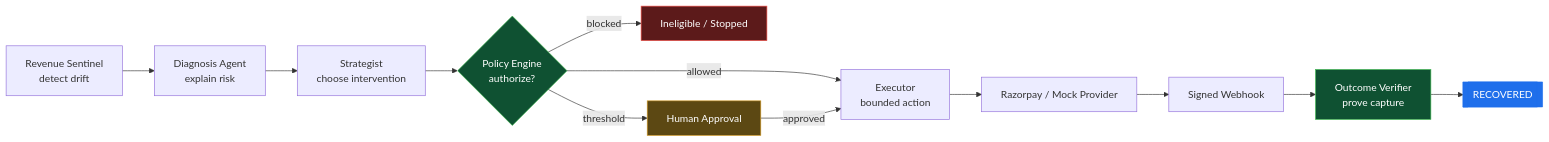
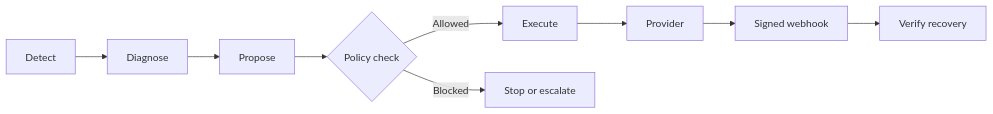
The diagram in README.md (Tayab-Ahamed/RecoverOS), drawn with Mermaid before and after one commit. The commit also changed other lines of this file and 1 other file, not shown here.

Commit message:
Refine submission README and workflow graphic

````diff
--- a/README.md
+++ b/README.md
@@ -334,20 +75,11 @@
 ```mermaid
 flowchart LR
-    S[Revenue Sentinel<br/>detect drift] --> D[Diagnosis Agent<br/>explain risk]
-    D --> P[Strategist<br/>choose intervention]
-    P --> G{Policy Engine<br/>authorize?}
-    G -->|allowed| X[Executor<br/>bounded action]
-    G -->|blocked| N[Ineligible / Stopped]
-    G -->|threshold| H[Human Approval]
-    H -->|approved| X
-    X --> W[Razorpay / Mock Provider]
-    W --> E[Signed Webhook]
-    E --> V[Outcome Verifier<br/>prove capture]
-    V --> R[[RECOVERED]]
-
-    style G fill:#0f5132,stroke:#3fb950,color:#fff
-    style V fill:#0f5132,stroke:#3fb950,color:#fff
-    style R fill:#1f6feb,stroke:#1f6feb,color:#fff
-    style N fill:#5c1a1a,stroke:#f85149,color:#fff
-    style H fill:#5c4813,stroke:#d29922,color:#fff
+    A[Detect] --> B[Diagnose]
+    B --> C[Propose]
+    C --> D{Policy check}
+    D -->|Allowed| E[Execute]
+    D -->|Blocked| F[Stop or escalate]
+    E --> G[Provider]
+    G --> H[Signed webhook]
+    H --> I[Verify recovery]
 ```
````
